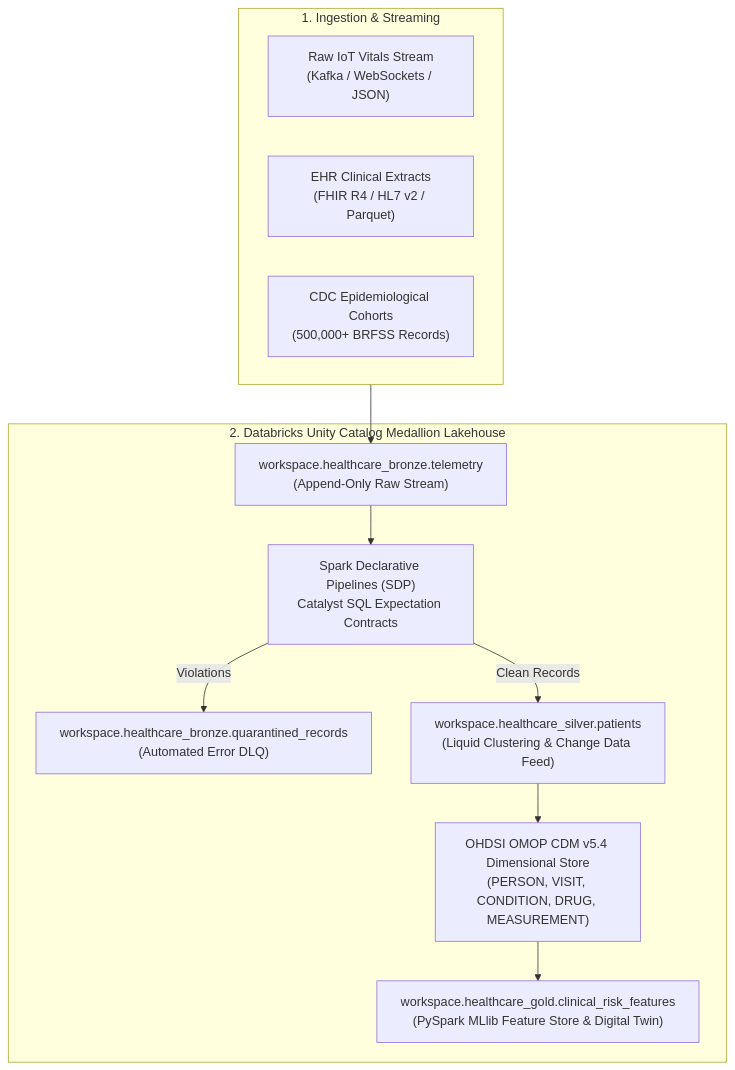
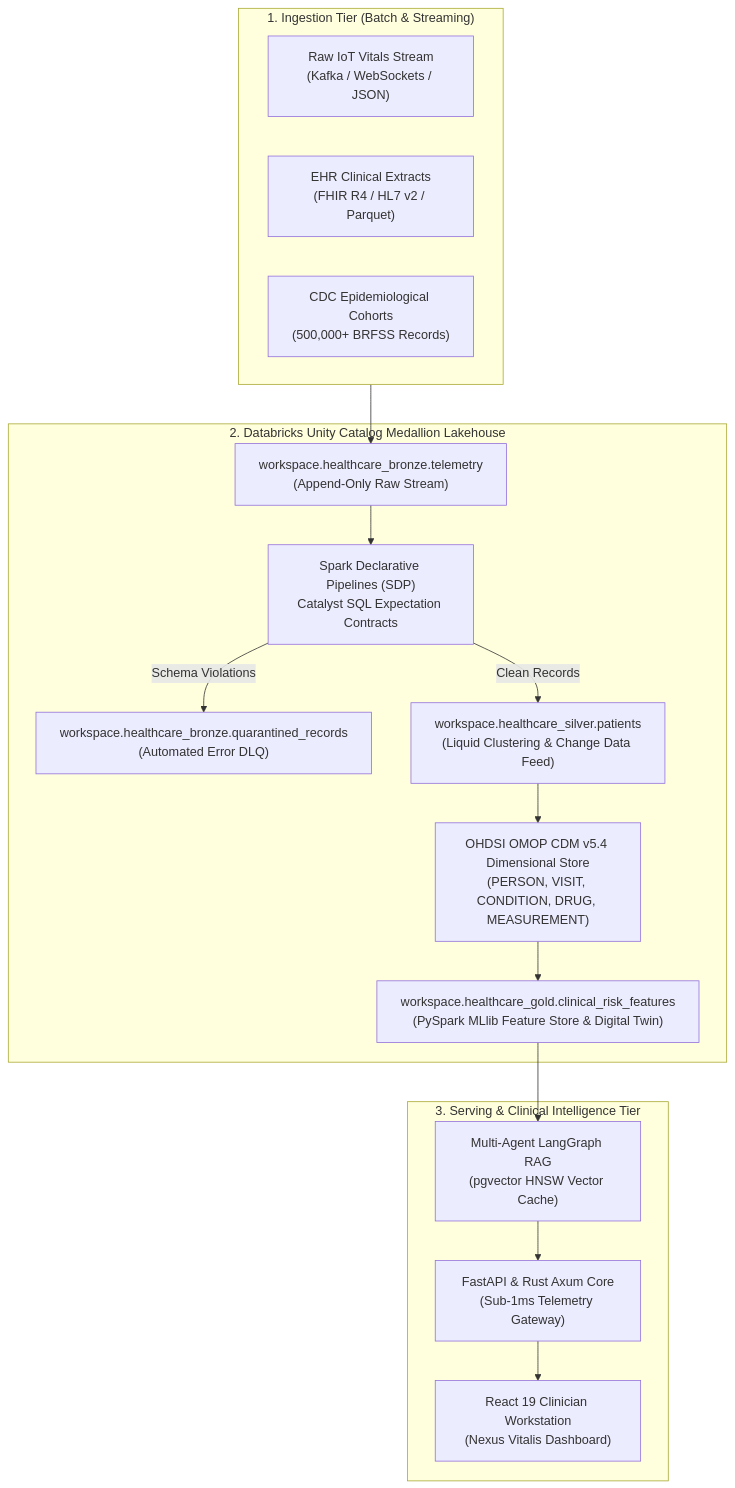
One commit to pavanbadempet/AI-Healthcare-System changed the diagram in README.md. Above: the diagram before and after it, drawn with Mermaid. The commit also changed other lines of this file, not shown here.

````diff
--- a/README.md
+++ b/README.md
@@ -71,23 +61,30 @@
 ```mermaid
 flowchart TD
-    subgraph Ingestion_Layer["1. Ingestion & Streaming"]
+    subgraph Ingestion_Layer["1. Ingestion Tier (Batch & Streaming)"]
         K1["Raw IoT Vitals Stream\n(Kafka / WebSockets / JSON)"]
         K2["EHR Clinical Extracts\n(FHIR R4 / HL7 v2 / Parquet)"]
         K3["CDC Epidemiological Cohorts\n(500,000+ BRFSS Records)"]
     end
 
     subgraph Medallion_Store["2. Databricks Unity Catalog Medallion Lakehouse"]
         Bronze["workspace.healthcare_bronze.telemetry\n(Append-Only Raw Stream)"]
         SDP["Spark Declarative Pipelines (SDP)\nCatalyst SQL Expectation Contracts"]
         Quarantine["workspace.healthcare_bronze.quarantined_records\n(Automated Error DLQ)"]
         Silver["workspace.healthcare_silver.patients\n(Liquid Clustering & Change Data Feed)"]
         OMOP["OHDSI OMOP CDM v5.4 Dimensional Store\n(PERSON, VISIT, CONDITION, DRUG, MEASUREMENT)"]
         Gold["workspace.healthcare_gold.clinical_risk_features\n(PySpark MLlib Feature Store & Digital Twin)"]
     end
 
+    subgraph Serving_Layer["3. Serving & Clinical Intelligence Tier"]
+        RAG["Multi-Agent LangGraph RAG\n(pgvector HNSW Vector Cache)"]
+        API["FastAPI & Rust Axum Core\n(Sub-1ms Telemetry Gateway)"]
+        UI["React 19 Clinician Workstation\n(Nexus Vitalis Dashboard)"]
+    end
+
     Ingestion_Layer --> Bronze
     Bronze --> SDP
     SDP -->|Clean Records| Silver
-    SDP -->|Violations| Quarantine
+    SDP -->|Schema Violations| Quarantine
     Silver --> OMOP --> Gold
+    Gold --> RAG --> API --> UI
 ```
````
